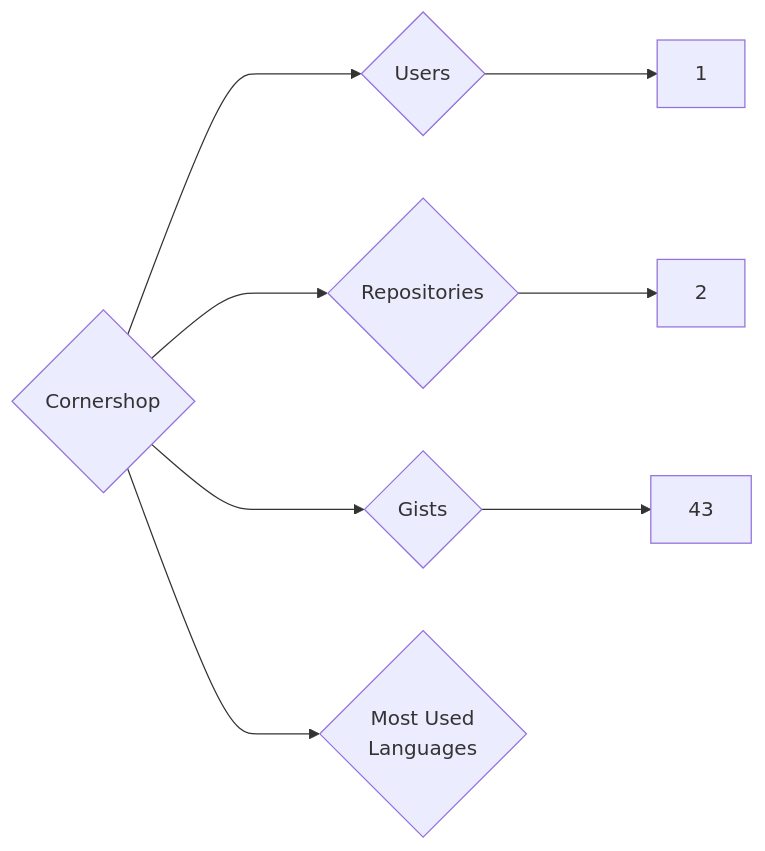
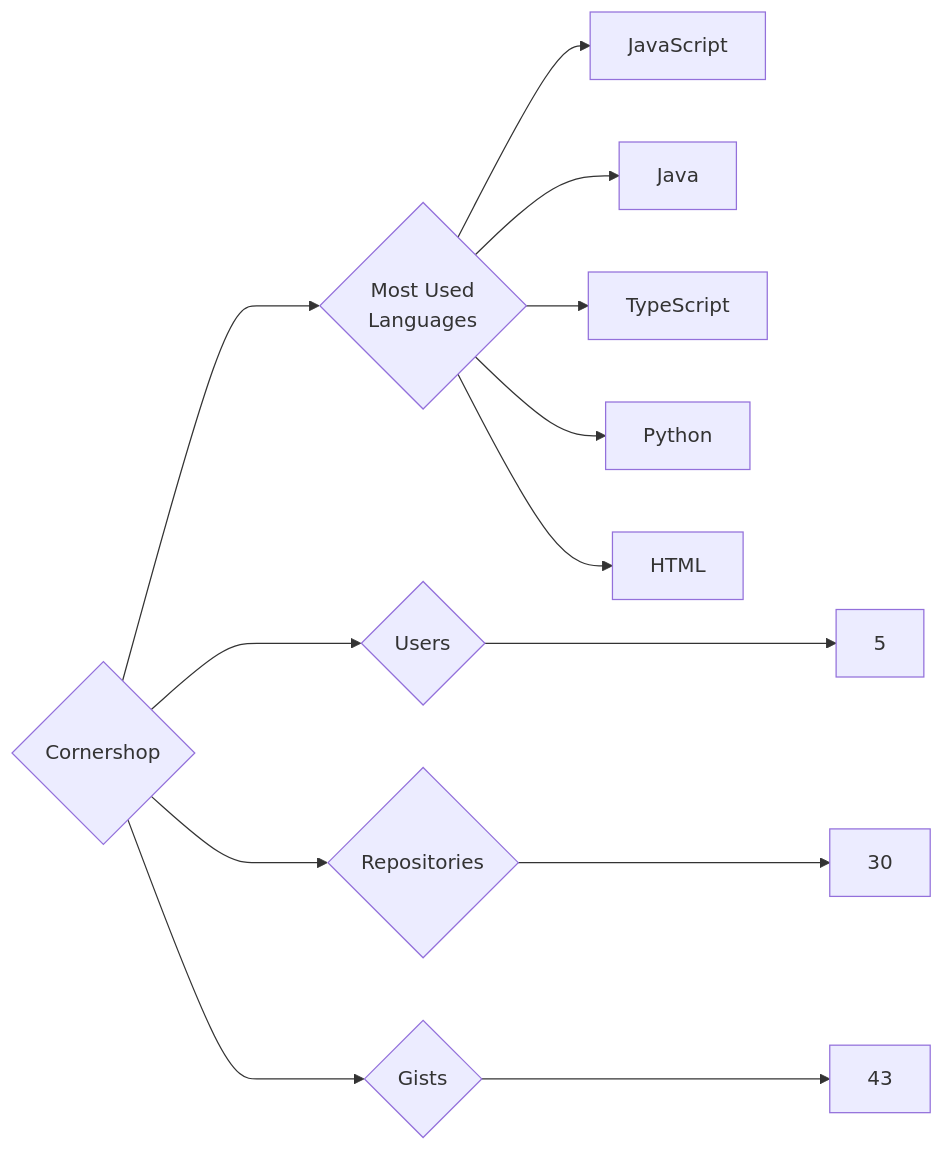
The diagram in targets/Cornershop/README.md (trickest/insiders), drawn with Mermaid before and after one commit. The commit also changed 724 other files, not shown here.

````diff
--- a/targets/Cornershop/README.md
+++ b/targets/Cornershop/README.md
@@ -3,8 +3,13 @@
 ```mermaid
 graph LR
 COMPANY_NAME{Cornershop}
-COMPANY_NAME ---> U{Users} ---> UN[1]
-COMPANY_NAME ---> R{Repositories} ---> RN[2]
+COMPANY_NAME ---> U{Users} ---> UN[5]
+COMPANY_NAME ---> R{Repositories} ---> RN[30]
 COMPANY_NAME ---> G{Gists} ---> GN[43]
 COMPANY_NAME ---> ML{Most Used<br>Languages}
+ML --> JavaScript[JavaScript]
+ML --> Java[Java]
+ML --> TypeScript[TypeScript]
+ML --> Python[Python]
+ML --> HTML[HTML]
 ```
````
